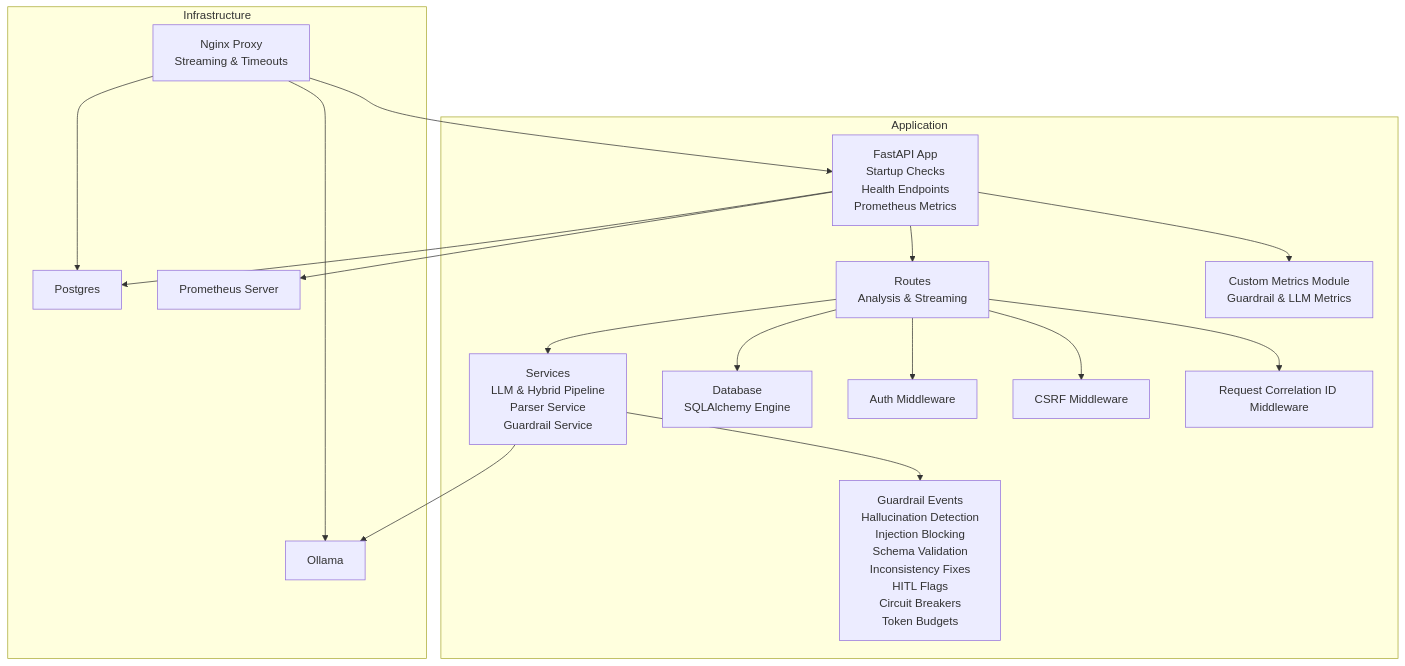
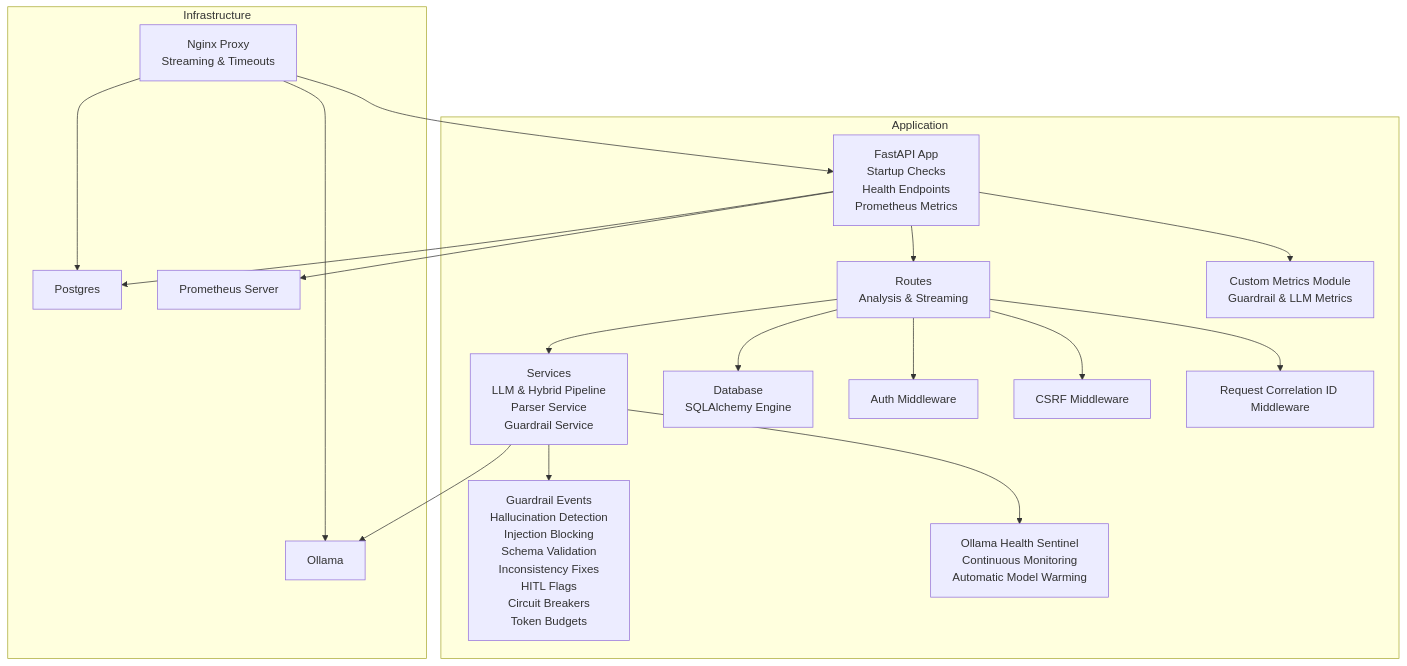
The first of 4 diagrams in .qoder/repowiki/en/content/Deployment & DevOps/Monitoring & Logging.md (Revanththetalogics/aireume), drawn with Mermaid before and after one commit. The commit also changed other lines of this file and 15 other files, not shown here.

````diff
--- a/.qoder/repowiki/en/content/Deployment & DevOps/Monitoring & Logging.md
+++ b/.qoder/repowiki/en/content/Deployment & DevOps/Monitoring & Logging.md
@@ -66,34 +63,36 @@
 ```mermaid
 graph TB
 subgraph "Application"
 M["FastAPI App<br/>Startup Checks<br/>Health Endpoints<br/>Prometheus Metrics"]
 R["Routes<br/>Analysis & Streaming"]
 S["Services<br/>LLM & Hybrid Pipeline<br/>Parser Service<br/>Guardrail Service"]
 D["Database<br/>SQLAlchemy Engine"]
 A["Auth Middleware"]
 CSRF["CSRF Middleware"]
 CORR["Request Correlation ID Middleware"]
 METRICS["Custom Metrics Module<br/>Guardrail & LLM Metrics"]
 GR["Guardrail Events<br/>Hallucination Detection<br/>Injection Blocking<br/>Schema Validation<br/>Inconsistency Fixes<br/>HITL Flags<br/>Circuit Breakers<br/>Token Budgets"]
+HS["Ollama Health Sentinel<br/>Continuous Monitoring<br/>Automatic Model Warming"]
 end
 subgraph "Infrastructure"
 NGINX["Nginx Proxy<br/>Streaming & Timeouts"]
 PG["Postgres"]
 OLL["Ollama"]
 PROM["Prometheus Server"]
 end
 M --> R
 R --> S
 R --> D
 R --> A
 R --> CSRF
 R --> CORR
 S --> GR
+S --> HS
 S --> OLL
 M --> PG
 M --> METRICS
 M --> PROM
 NGINX --> M
 NGINX --> OLL
 NGINX --> PG
 ```
````
